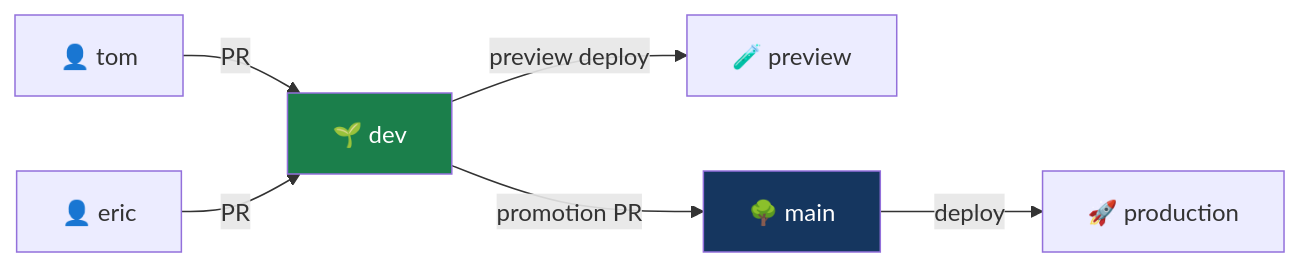
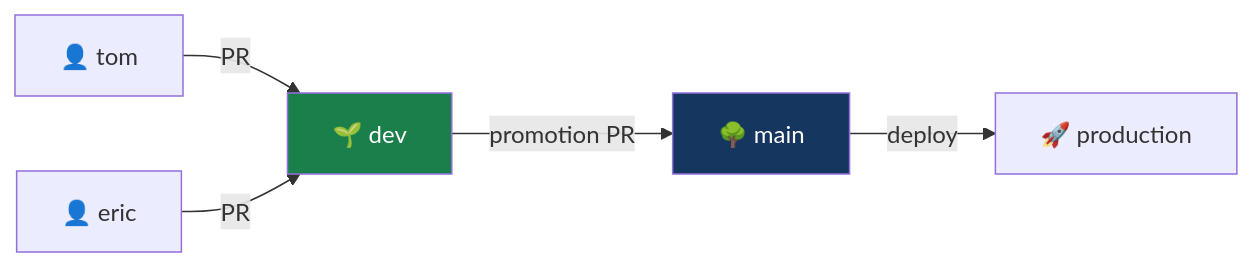
Before and after one commit to edarko265/FinSight-AI: the third of 3 diagrams in README.md, drawn with Mermaid. The commit also changed other lines of this file and 12 other files, not shown here.

````diff
--- a/README.md
+++ b/README.md
@@ -254,11 +253,10 @@
 ```mermaid
 flowchart LR
     T["👤 tom"] -->|PR| D["🌱 dev"]
     E["👤 eric"] -->|PR| D
-    D -->|preview deploy| PRE["🧪 preview"]
     D -->|promotion PR| M["🌳 main"]
     M -->|deploy| PROD["🚀 production"]
 
     style D fill:#1B7F4B,color:#fff
     style M fill:#15365F,color:#fff
 ```
````
